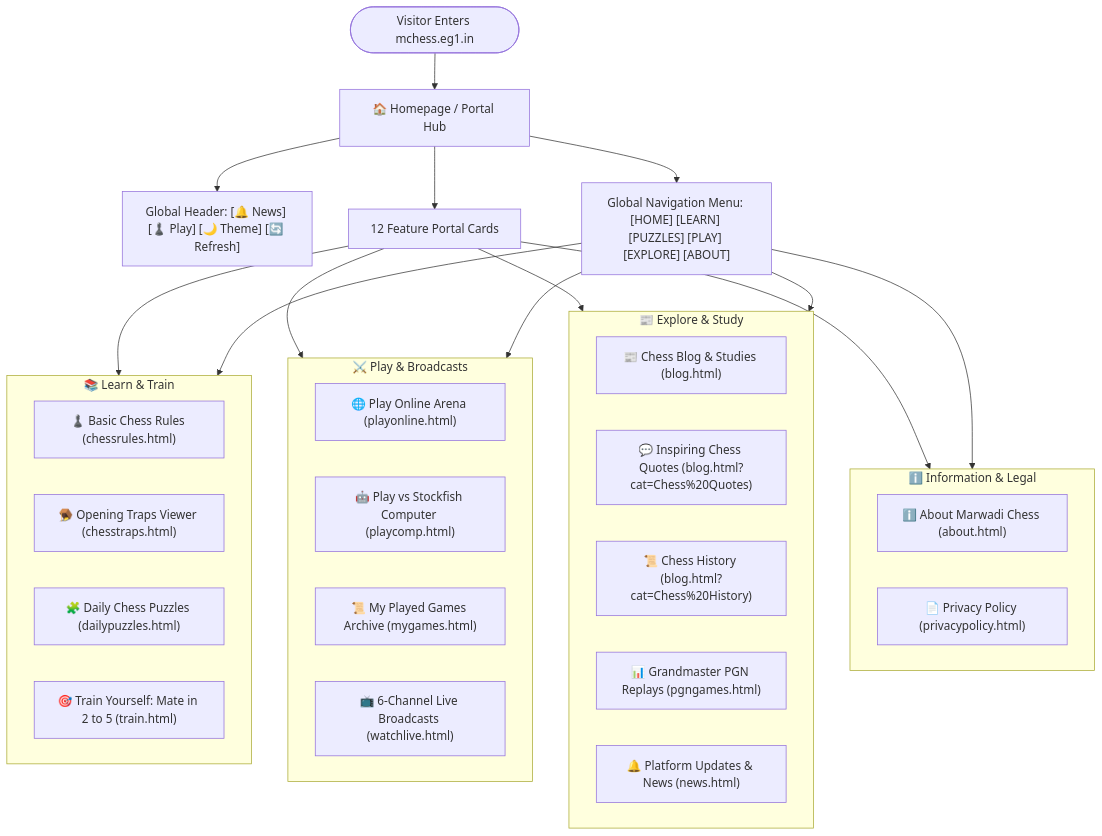
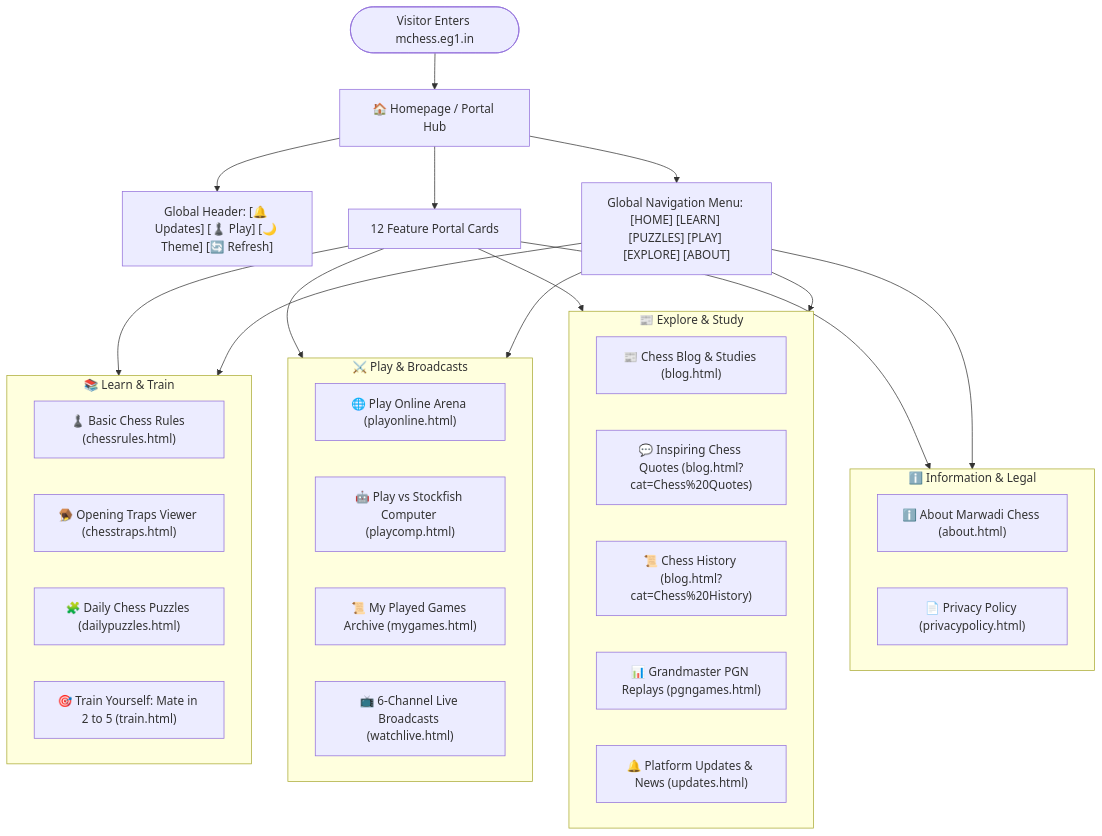
Before and after one commit to EG1DOTIN/mchess.eg1.in: the diagram in README.md, drawn with Mermaid. The commit also changed other lines of this file and 31 other files, not shown here.

````diff
--- a/README.md
+++ b/README.md
@@ -32,45 +32,45 @@
 ```mermaid
 flowchart TD
     Start(["Visitor Enters mchess.eg1.in"]) --> Home["🏠 Homepage / Portal Hub"]
 
-    Home --> HeaderBar["Global Header: [🔔 News] [♟️ Play] [🌙 Theme] [🔄 Refresh]"]
+    Home --> HeaderBar["Global Header: [🔔 Updates] [♟️ Play] [🌙 Theme] [🔄 Refresh]"]
     Home --> NavMenu["Global Navigation Menu: [HOME] [LEARN] [PUZZLES] [PLAY] [EXPLORE] [ABOUT]"]
     Home --> FeatureCards["12 Feature Portal Cards"]
 
     subgraph Learn_And_Train ["📚 Learn & Train"]
         Rules["♟️ Basic Chess Rules (chessrules.html)"]
         Traps["🪤 Opening Traps Viewer (chesstraps.html)"]
         DailyPuzzles["🧩 Daily Chess Puzzles (dailypuzzles.html)"]
         TacticsTrain["🎯 Train Yourself: Mate in 2 to 5 (train.html)"]
     end
 
     subgraph Play_And_Watch ["⚔️ Play & Broadcasts"]
         PlayOnline["🌐 Play Online Arena (playonline.html)"]
         PlayComp["🤖 Play vs Stockfish Computer (playcomp.html)"]
         MyGames["📜 My Played Games Archive (mygames.html)"]
         WatchLive["📺 6-Channel Live Broadcasts (watchlive.html)"]
     end
 
     subgraph Explore_And_Read ["📰 Explore & Study"]
         Blog["📰 Chess Blog & Studies (blog.html)"]
         Quotes["💬 Inspiring Chess Quotes (blog.html?cat=Chess%20Quotes)"]
         History["📜 Chess History (blog.html?cat=Chess%20History)"]
         PGN["📊 Grandmaster PGN Replays (pgngames.html)"]
-        News["🔔 Platform Updates & News (news.html)"]
+        News["🔔 Platform Updates & News (updates.html)"]
     end
 
     subgraph Info_And_Community ["ℹ️ Information & Legal"]
         About["ℹ️ About Marwadi Chess (about.html)"]
         Privacy["📄 Privacy Policy (privacypolicy.html)"]
     end
 
     FeatureCards --> Learn_And_Train
     FeatureCards --> Play_And_Watch
     FeatureCards --> Explore_And_Read
     FeatureCards --> Info_And_Community
 
     NavMenu --> Learn_And_Train
     NavMenu --> Play_And_Watch
     NavMenu --> Explore_And_Read
     NavMenu --> Info_And_Community
 ```
````
